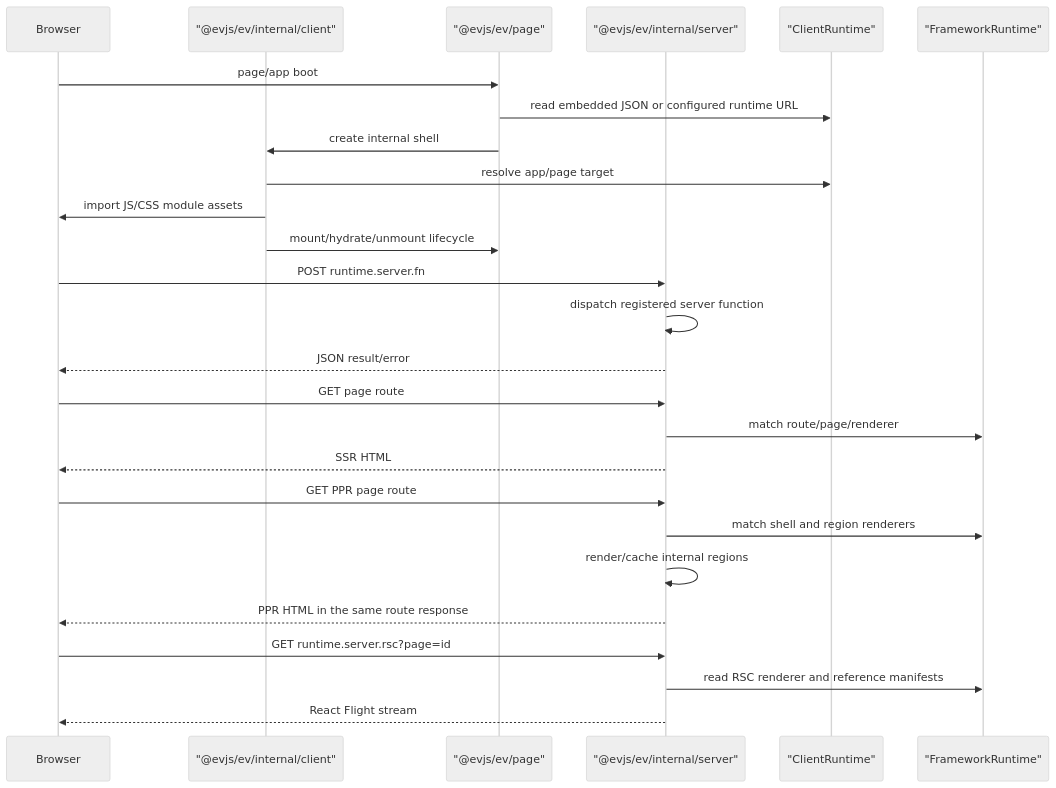
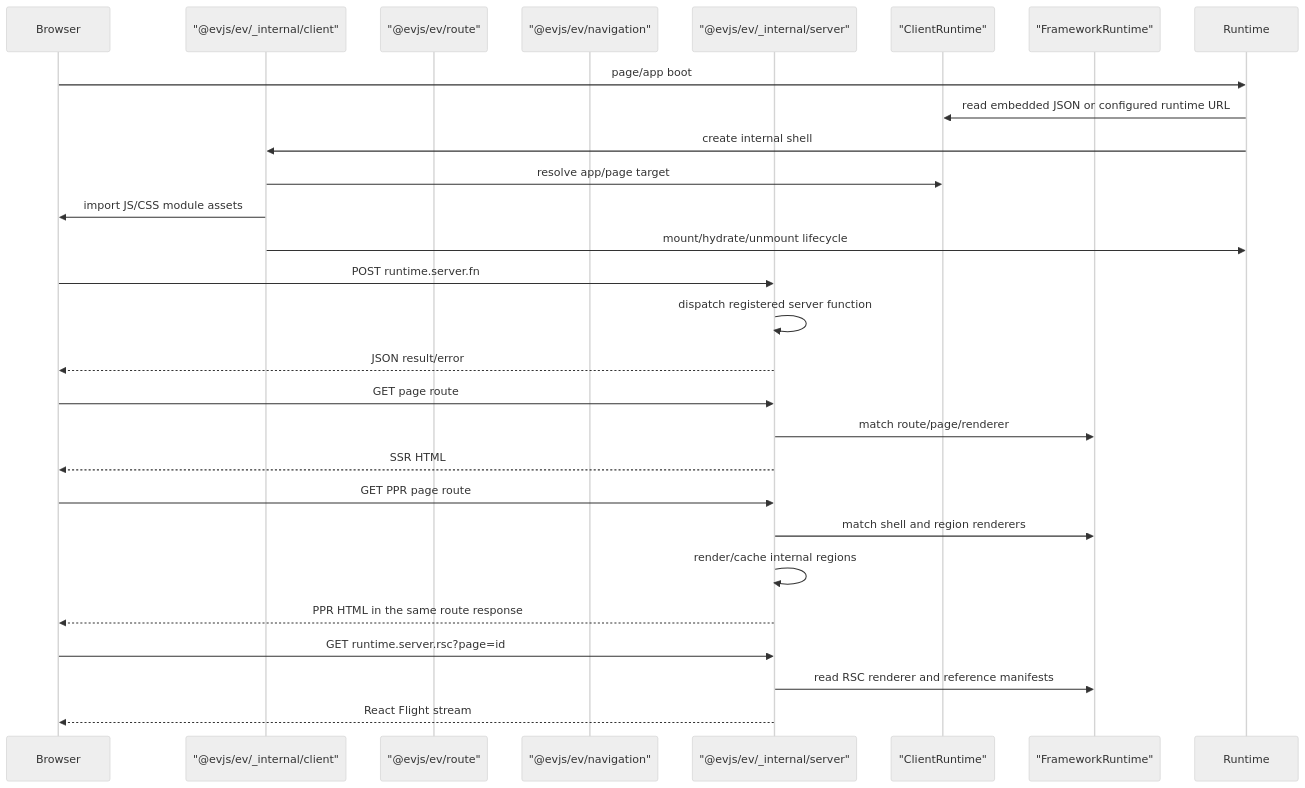
One commit to binhanchen25-arch/evjs changed the second of 3 diagrams in docs/docs/architecture.md. Above: the diagram before and after it, drawn with Mermaid (neutral theme). The commit also changed other lines of this file and 265 other files, not shown here.

````diff
--- a/docs/docs/architecture.md
+++ b/docs/docs/architecture.md
@@ -196,33 +211,34 @@
 ```mermaid
 sequenceDiagram
   participant Browser
-  participant Shell as "@evjs/ev/internal/client"
-  participant Runtime as "@evjs/ev/page"
-  participant Server as "@evjs/ev/internal/server"
+  participant Shell as "@evjs/ev/_internal/client"
+  participant Route as "@evjs/ev/route"
+  participant Navigation as "@evjs/ev/navigation"
+  participant Server as "@evjs/ev/_internal/server"
   participant ClientRuntime as "ClientRuntime"
   participant FrameworkRuntime as "FrameworkRuntime"
 
   Browser->>Runtime: page/app boot
   Runtime->>ClientRuntime: read embedded JSON or configured runtime URL
   Runtime->>Shell: create internal shell
   Shell->>ClientRuntime: resolve app/page target
   Shell->>Browser: import JS/CSS module assets
   Shell->>Runtime: mount/hydrate/unmount lifecycle
 
   Browser->>Server: POST runtime.server.fn
   Server->>Server: dispatch registered server function
   Server-->>Browser: JSON result/error
 
   Browser->>Server: GET page route
   Server->>FrameworkRuntime: match route/page/renderer
   Server-->>Browser: SSR HTML
 
   Browser->>Server: GET PPR page route
   Server->>FrameworkRuntime: match shell and region renderers
   Server->>Server: render/cache internal regions
   Server-->>Browser: PPR HTML in the same route response
 
   Browser->>Server: GET runtime.server.rsc?page=id
   Server->>FrameworkRuntime: read RSC renderer and reference manifests
   Server-->>Browser: React Flight stream
 ```
````
